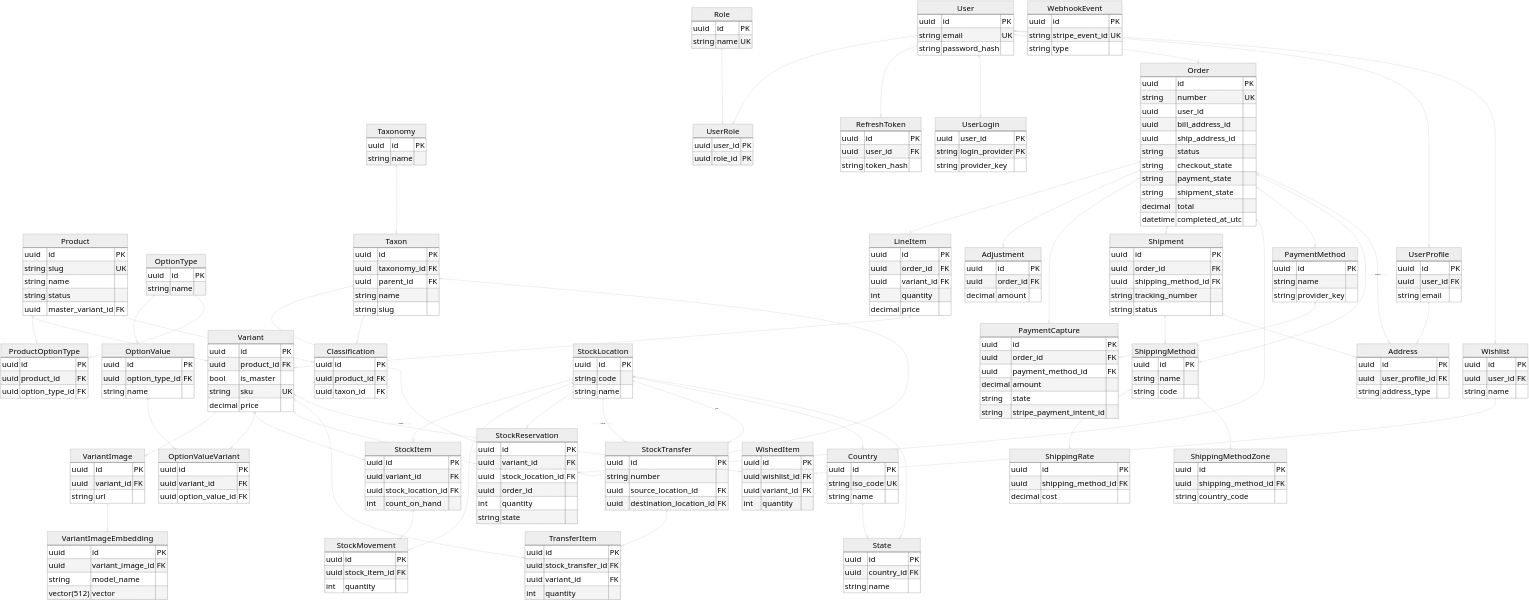
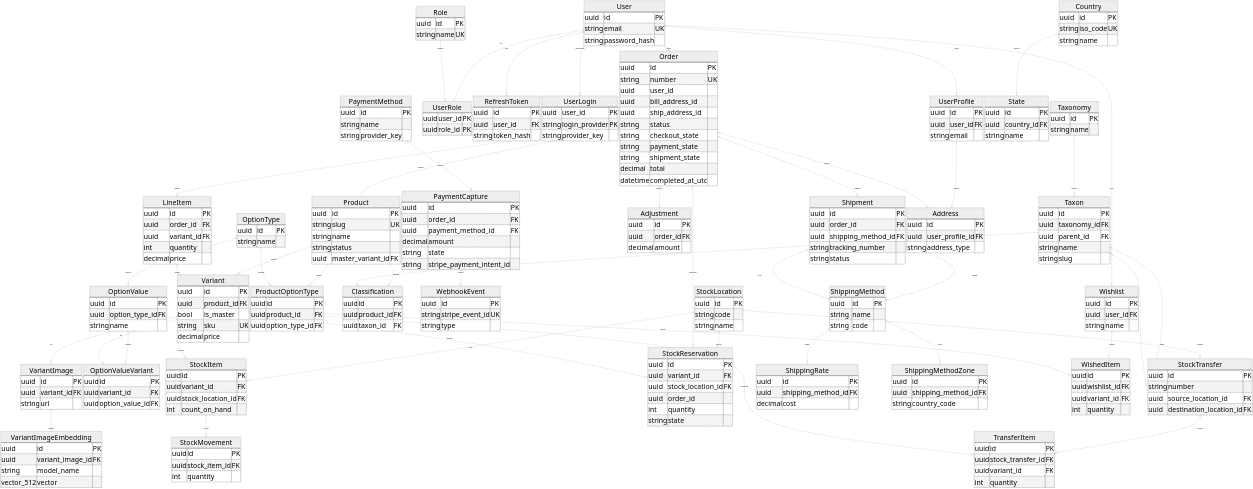
Before and after one commit to qingfa-dev/ReSys.Shop: the diagram in thesis/figures/chapters/part2/ch2-design/03-architecture/diagrams/P2S2.2.3_erd-core.mmd, drawn with Mermaid. The commit also changed 8 other files, not shown here.

```diff
--- a/thesis/figures/chapters/part2/ch2-design/03-architecture/diagrams/P2S2.2.3_erd-core.mmd
+++ b/thesis/figures/chapters/part2/ch2-design/03-architecture/diagrams/P2S2.2.3_erd-core.mmd
@@ -1,7 +1,42 @@
-%%{init: {'theme': 'neutral', 'themeVariables': {'fontSize': '78px'}}}%%
+%%{
+  init: {
+    'theme': 'neutral',
+
+    'themeVariables': {
+      'fontSize': '69px',
+      'fontFamily': 'Times New Roman, serif',
+
+      'primaryColor': '#ffffff',
+      'primaryTextColor': '#111111',
+      'primaryBorderColor': '#222222',
+
+      'secondaryColor': '#ffffff',
+      'tertiaryColor': '#ffffff',
+
+      'lineColor': '#555555'
+    },
+
+    'er': {
+      'layoutDirection': 'BT',
+
+      'minEntityWidth': 190,
+      'minEntityHeight': 78,
+
+      'entityPadding': 7,
+
+      'nodeSpacing': 18,
+      'rankSpacing': 32,
+
+      'diagramPadding': 6
+    }
+  }
+}%%
+
 erDiagram
 
-  %% ==================== CATALOG (catalog) ====================
+  %% ============================================================
+  %% CATALOG
+  %% ============================================================
 
   Product {
     uuid id PK
@@ -29,7 +64,7 @@
     uuid id PK
     uuid variant_image_id FK
     string model_name
-    vector(512) vector
+    vector_512 vector
   }
 
   OptionType {
@@ -74,7 +109,10 @@
     uuid taxon_id FK
   }
 
-  %% ==================== IDENTITY (identity) ====================
+
+  %% ============================================================
+  %% IDENTITY
+  %% ============================================================
 
   User {
     uuid id PK
@@ -104,7 +142,10 @@
     string provider_key
   }
 
-  %% ==================== ORDERING (ordering) ====================
+
+  %% ============================================================
+  %% ORDERING
+  %% ============================================================
 
   Order {
     uuid id PK
@@ -134,7 +175,10 @@
     decimal amount
   }
 
-  %% ==================== PAYMENT (payment) ====================
+
+  %% ============================================================
+  %% PAYMENT
+  %% ============================================================
 
   PaymentMethod {
     uuid id PK
@@ -157,7 +201,10 @@
     string type
   }
 
-  %% ==================== INVENTORY (inventory) ====================
+
+  %% ============================================================
+  %% INVENTORY
+  %% ============================================================
 
   StockLocation {
     uuid id PK
@@ -201,7 +248,10 @@
     int quantity
   }
 
-  %% ==================== SHIPPING (shipping) ====================
+
+  %% ============================================================
+  %% SHIPPING
+  %% ============================================================
 
   ShippingMethod {
     uuid id PK
@@ -229,7 +279,10 @@
     string status
   }
 
-  %% ==================== LOCATION (location) ====================
+
+  %% ============================================================
+  %% LOCATION
+  %% ============================================================
 
   Country {
     uuid id PK
@@ -243,7 +296,10 @@
     string name
   }
 
-  %% ==================== PROFILE (profile) ====================
+
+  %% ============================================================
+  %% PROFILE
+  %% ============================================================
 
   UserProfile {
     uuid id PK
@@ -270,71 +326,104 @@
     int quantity
   }
 
-  %% ==================== RELATIONSHIPS ====================
 
-  %% -- Catalog (same schema, solid) --
-  Product ||--o{ Variant : ""
-  Product ||--o{ ProductOptionType : ""
-  Product ||--o{ Classification : ""
-  Variant ||--o{ VariantImage : ""
-  VariantImage ||--o{ VariantImageEmbedding : ""
-  OptionType ||--o{ OptionValue : ""
-  OptionType ||--o{ ProductOptionType : ""
-  OptionValue ||--o{ OptionValueVariant : ""
-  Variant ||--o{ OptionValueVariant : ""
-  Taxonomy ||--o{ Taxon : ""
-  Taxon ||--o{ Taxon : "parent"
-  Taxon ||--o{ Classification : ""
+  %% ============================================================
+  %% CATALOG RELATIONSHIPS
+  %% ============================================================
 
-  %% -- Identity (same schema, solid) --
-  User ||--o{ UserRole : ""
-  Role ||--o{ UserRole : ""
-  User ||--o{ RefreshToken : ""
-  User ||--o{ UserLogin : ""
+  Product ||--o{ Variant : contains
+  Variant ||--o{ VariantImage : has
+  VariantImage ||--o{ VariantImageEmbedding : indexed
 
-  %% -- Ordering (same schema, solid) --
-  Order ||--o{ LineItem : ""
-  Order ||--o{ Adjustment : ""
+  Product ||--o{ ProductOptionType : defines
+  OptionType ||--o{ ProductOptionType : assigned
+  OptionType ||--o{ OptionValue : contains
+  OptionValue ||--o{ OptionValueVariant : assigned
+  Variant ||--o{ OptionValueVariant : has
 
-  %% -- Payment (same schema, solid) --
-  PaymentMethod ||--o{ PaymentCapture : ""
+  Taxonomy ||--o{ Taxon : contains
+  Taxon ||--o{ Taxon : parent
+  Product ||--o{ Classification : classified
+  Taxon ||--o{ Classification : categorizes
 
-  %% -- Inventory (same schema, solid) --
-  StockLocation ||--o{ StockItem : ""
-  StockLocation ||--o{ StockMovement : ""
-  StockItem ||--o{ StockMovement : ""
-  StockLocation ||--o{ StockReservation : ""
-  StockLocation ||--o{ StockTransfer : "source"
-  StockLocation ||--o{ StockTransfer : "dest"
-  StockTransfer ||--o{ TransferItem : ""
 
-  %% -- Shipping (same schema, solid) --
-  ShippingMethod ||--o{ ShippingRate : ""
-  ShippingMethod ||--o{ ShippingMethodZone : ""
+  %% ============================================================
+  %% IDENTITY RELATIONSHIPS
+  %% ============================================================
 
-  %% -- Location (same schema, solid) --
-  Country ||--o{ State : ""
+  User ||--o{ UserRole : has
+  Role ||--o{ UserRole : assigned
+  User ||--o{ RefreshToken : owns
+  User ||--o{ UserLogin : authenticates
 
-  %% -- Profile (same schema, solid) --
-  UserProfile ||--o{ Address : ""
-  Wishlist ||--o{ WishedItem : ""
 
-  %% -- Cross-context identifier references (dotted) --
-  Order |o--o{ PaymentCapture : ""
-  Order |o--o{ Shipment : ""
-  Order |o--o{ StockReservation : ""
-  Order |o--o{ PaymentMethod : ""
-  Order |o--o{ ShippingMethod : ""
-  Order |o--o{ Address : "bill/ship"
-  LineItem |o--o{ Variant : ""
-  Variant |o--o{ StockItem : ""
-  Variant |o--o{ StockReservation : ""
-  Variant |o--o{ TransferItem : ""
-  Variant |o--o{ WishedItem : ""
-  StockLocation |o--o{ Country : ""
-  StockLocation |o--o{ State : ""
-  User |o--o{ Order : ""
-  User |o--o{ UserProfile : ""
-  User |o--o{ Wishlist : ""
-  Shipment |o--o{ ShippingMethod : ""
-  Shipment |o--o{ Address : ""
+  %% ============================================================
+  %% ORDERING RELATIONSHIPS
+  %% ============================================================
+
+  Order ||--o{ LineItem : contains
+  Order ||--o{ Adjustment : adjusted
+
+
+  %% ============================================================
+  %% PAYMENT RELATIONSHIPS
+  %% ============================================================
+
+  PaymentMethod ||--o{ PaymentCapture : captures
+  PaymentCapture ||--o{ WebhookEvent : triggers
+
+
+  %% ============================================================
+  %% INVENTORY RELATIONSHIPS
+  %% ============================================================
+
+  StockLocation ||--o{ StockItem : stores
+  StockItem ||--o{ StockMovement : records
+  StockLocation ||--o{ StockReservation : reserves
+  StockLocation ||--o{ StockTransfer : transfers
+  StockTransfer ||--o{ TransferItem : contains
+
+
+  %% ============================================================
+  %% SHIPPING RELATIONSHIPS
+  %% ============================================================
+
+  ShippingMethod ||--o{ ShippingRate : defines
+  ShippingMethod ||--o{ ShippingMethodZone : serves
+  ShippingMethod ||--o{ Shipment : fulfills
+
+
+  %% ============================================================
+  %% LOCATION RELATIONSHIPS
+  %% ============================================================
+
+  Country ||--o{ State : contains
+
+
+  %% ============================================================
+  %% PROFILE RELATIONSHIPS
+  %% ============================================================
+
+  User ||--o{ UserProfile : profile
+  UserProfile ||--o{ Address : contains
+  User ||--o{ Wishlist : owns
+  Wishlist ||--o{ WishedItem : contains
+
+
+  %% ============================================================
+  %% CROSS-CONTEXT RELATIONSHIPS
+  %% ============================================================
+
+  User |o--o{ Order : places
+  Order |o--o{ PaymentCapture : payment
+  Order |o--o{ Shipment : shipment
+  Order |o--o{ StockReservation : reservation
+  Order |o--o{ Address : address
+
+  LineItem |o--o{ Variant : product
+  Variant |o--o{ StockItem : inventory
+  Variant |o--o{ StockReservation : reserved
+  Variant |o--o{ TransferItem : transferred
+  Variant |o--o{ WishedItem : wished
+
+  Shipment |o--o{ ShippingMethod : method
```
